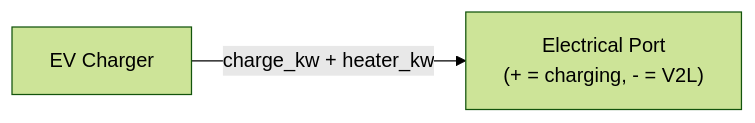
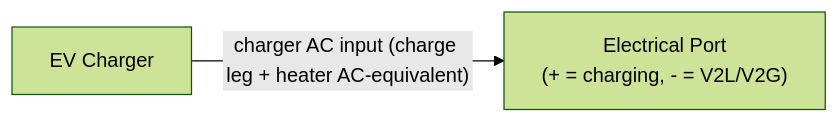
One commit to AZX-PBC-OSS/HARES changed the diagram in docs/equipment/ev.md. Above: the diagram before and after it, drawn with Mermaid (forest theme). The commit also changed other lines of this file and 94 other files, not shown here.

````diff
--- a/docs/equipment/ev.md
+++ b/docs/equipment/ev.md
@@ -85,5 +100,5 @@
 ```mermaid
 graph LR
     EV["EV Charger"]
-    EV -->|"charge_kw + heater_kw"| EL["Electrical Port<br/>(+ = charging, - = V2L)"]
+    EV -->|"charger AC input (charge leg + heater AC-equivalent)"| EL["Electrical Port<br/>(+ = charging, - = V2L/V2G)"]
 ```
````
